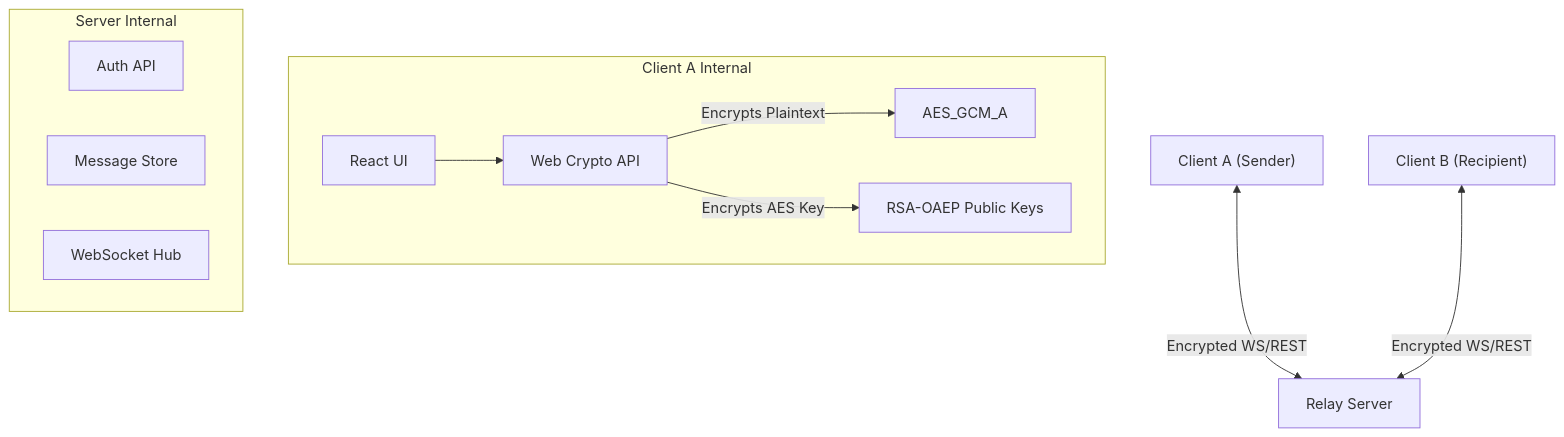
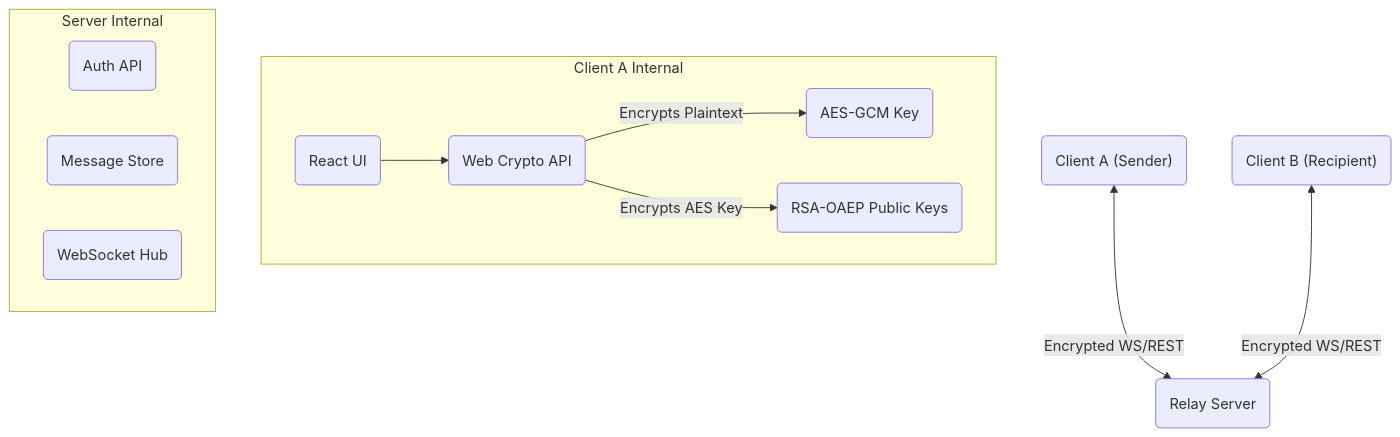
The diagram in README.md (callmedevmercy/End-to-End-Encrypted-App-HNG-stage-4b), drawn with Mermaid before and after one commit. The commit also changed 1 other file, not shown here.

Commit message:
docs: update architecture diagram to use flowcharts with detailed subgraphs

````diff
--- a/README.md
+++ b/README.md
@@ -20,17 +20,28 @@
 ```mermaid
-graph TD
-    ClientA["Client A (Sender)"] <-->|Encrypted WS/REST| Server["Relay Server"]
-    ClientB["Client B (Recipient)"] <-->|Encrypted WS/REST| Server
+flowchart TD
+    %% Main Nodes
+    ClientA("Client A (Sender)")
+    ClientB("Client B (Recipient)")
+    Server("Relay Server")
+
+    %% Edges
+    ClientA <-->|"Encrypted WS/REST"| Server
+    ClientB <-->|"Encrypted WS/REST"| Server
     
     subgraph ClientA_Details ["Client A Internal"]
-        UI_A["React UI"] --> Crypto_A["Web Crypto API"]
+        UI_A("React UI")
+        Crypto_A("Web Crypto API")
+        AES_GCM_A("AES-GCM Key")
+        RSA_A("RSA-OAEP Public Keys")
+
+        UI_A --> Crypto_A
         Crypto_A --> |"Encrypts Plaintext"| AES_GCM_A
-        Crypto_A --> |"Encrypts AES Key"| RSA_A["RSA-OAEP Public Keys"]
+        Crypto_A --> |"Encrypts AES Key"| RSA_A
     end
     
     subgraph Server_Details ["Server Internal"]
-        Auth["Auth API"]
-        Store["Message Store"]
-        WS["WebSocket Hub"]
+        Auth("Auth API")
+        Store("Message Store")
+        WS("WebSocket Hub")
     end
 ```
````
